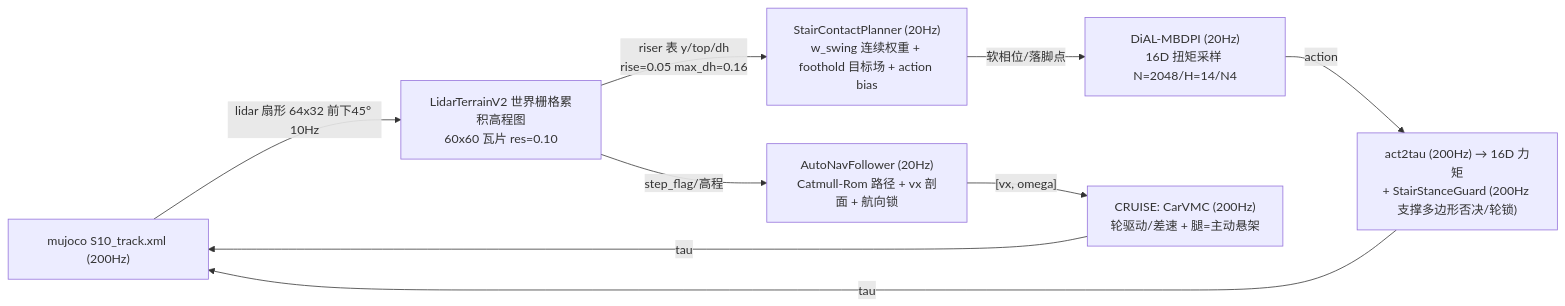
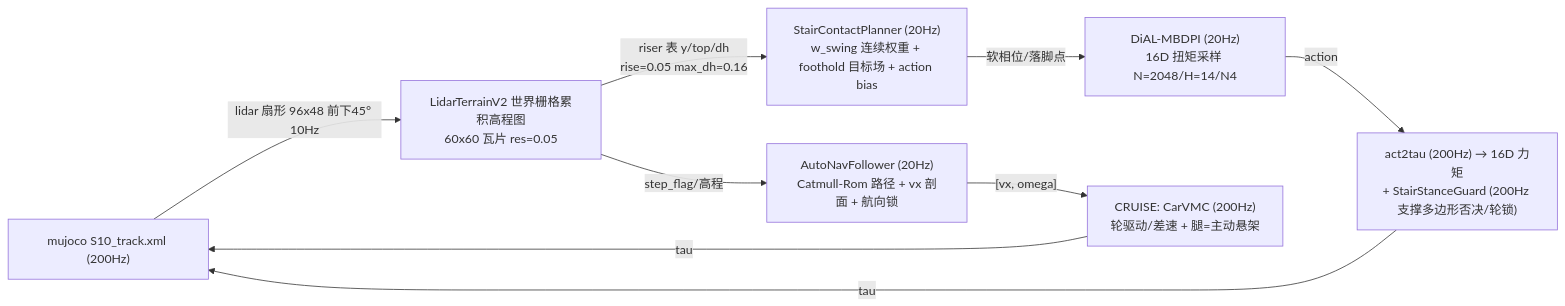
One commit to wangfanxin/deeprobot_competition changed the diagram in doc/方案总纲_MASTER.md. Above: the diagram before and after it, drawn with Mermaid. The commit also changed other lines of this file, not shown here.

````diff
--- a/doc/方案总纲_MASTER.md
+++ b/doc/方案总纲_MASTER.md
@@ -53,11 +53,11 @@
 ```mermaid
 graph LR
-    S["mujoco S10_track.xml (200Hz)"] -->|"lidar 扇形 64x32 前下45° 10Hz"| L["LidarTerrainV2 世界栅格累积高程图<br/>60x60 瓦片 res=0.10"]
+    S["mujoco S10_track.xml (200Hz)"] -->|"lidar 扇形 96x48 前下45° 10Hz"| L["LidarTerrainV2 世界栅格累积高程图<br/>60x60 瓦片 res=0.05"]
     L -->|"riser 表 y/top/dh<br/>rise=0.05 max_dh=0.16"| P["StairContactPlanner (20Hz)<br/>w_swing 连续权重 + foothold 目标场 + action bias"]
     L -->|"step_flag/高程"| N["AutoNavFollower (20Hz)<br/>Catmull-Rom 路径 + vx 剖面 + 航向锁"]
     P -->|"软相位/落脚点"| D["DiAL-MBDPI (20Hz)<br/>16D 扭矩采样 N=2048/H=14/N4"]
     N -->|"[vx, omega]"| C["CRUISE: CarVMC (200Hz)<br/>轮驱动/差速 + 腿=主动悬架"]
     D -->|"action"| T["act2tau (200Hz) → 16D 力矩<br/>+ StairStanceGuard (200Hz 支撑多边形否决/轮锁)"]
     C -->|"tau"| S
     T -->|"tau"| S
 ```
````
